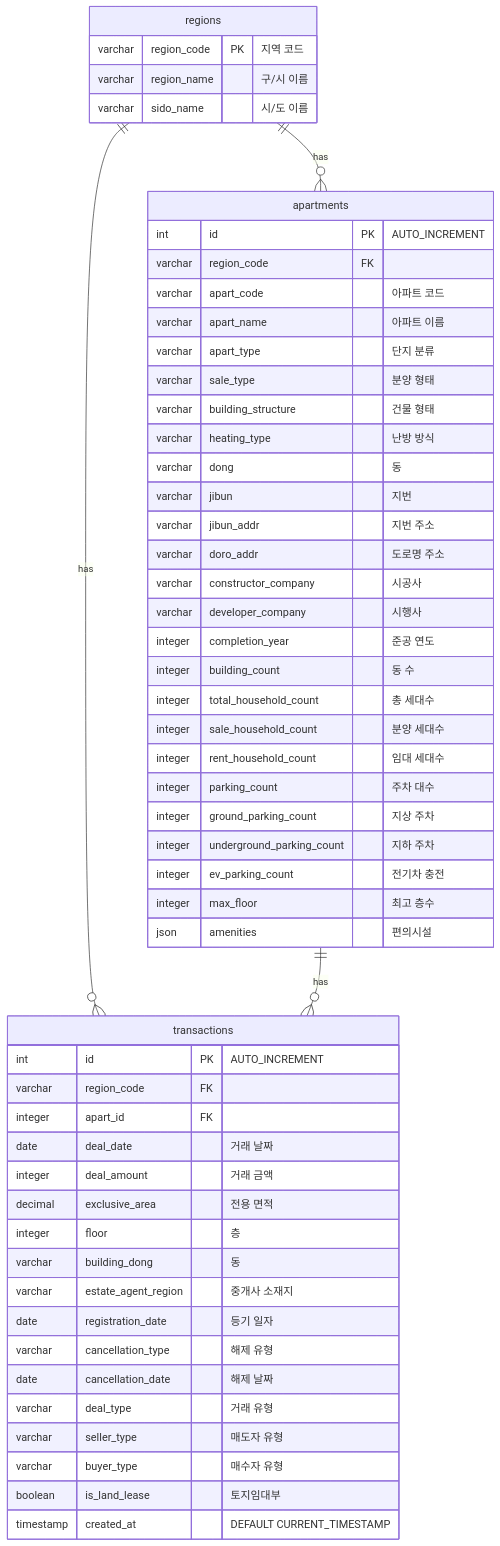
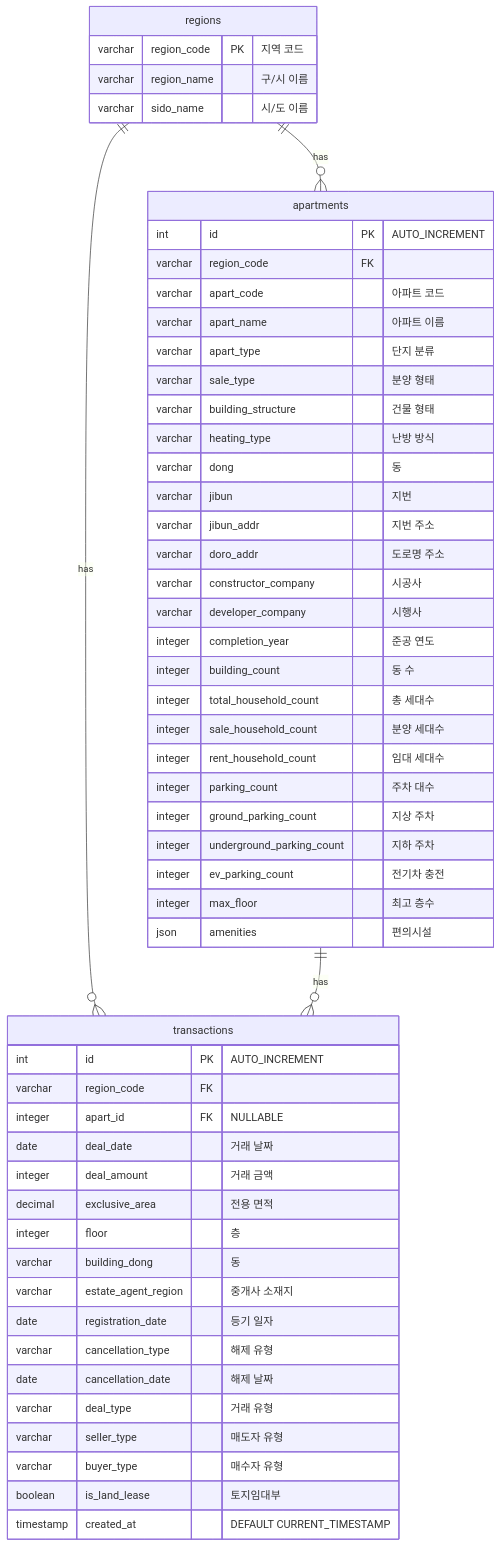
The diagram in apps/jibsayo/ERD.md (polym-team/polymorph-app), drawn with Mermaid before and after one commit. The commit also changed other lines of this file and 6 other files, not shown here.

````diff
--- a/apps/jibsayo/ERD.md
+++ b/apps/jibsayo/ERD.md
@@ -5,60 +5,60 @@
 ```mermaid
 erDiagram
     regions ||--o{ apartments : "has"
     regions ||--o{ transactions : "has"
     apartments ||--o{ transactions : "has"
 
     regions {
         varchar region_code PK "지역 코드"
         varchar region_name "구/시 이름"
         varchar sido_name "시/도 이름"
     }
 
     apartments {
         int id PK "AUTO_INCREMENT"
         varchar region_code FK
         varchar apart_code "아파트 코드"
         varchar apart_name "아파트 이름"
         varchar apart_type "단지 분류"
         varchar sale_type "분양 형태"
         varchar building_structure "건물 형태"
         varchar heating_type "난방 방식"
         varchar dong "동"
         varchar jibun "지번"
         varchar jibun_addr "지번 주소"
         varchar doro_addr "도로명 주소"
         varchar constructor_company "시공사"
         varchar developer_company "시행사"
         integer completion_year "준공 연도"
         integer building_count "동 수"
         integer total_household_count "총 세대수"
         integer sale_household_count "분양 세대수"
         integer rent_household_count "임대 세대수"
         integer parking_count "주차 대수"
         integer ground_parking_count "지상 주차"
         integer underground_parking_count "지하 주차"
         integer ev_parking_count "전기차 충전"
         integer max_floor "최고 층수"
         json amenities "편의시설"
     }
 
     transactions {
         int id PK "AUTO_INCREMENT"
         varchar region_code FK
-        integer apart_id FK
+        integer apart_id FK "NULLABLE"
         date deal_date "거래 날짜"
         integer deal_amount "거래 금액"
         decimal exclusive_area "전용 면적"
         integer floor "층"
         varchar building_dong "동"
         varchar estate_agent_region "중개사 소재지"
         date registration_date "등기 일자"
         varchar cancellation_type "해제 유형"
         date cancellation_date "해제 날짜"
         varchar deal_type "거래 유형"
         varchar seller_type "매도자 유형"
         varchar buyer_type "매수자 유형"
         boolean is_land_lease "토지임대부"
         timestamp created_at "DEFAULT CURRENT_TIMESTAMP"
     }
 ```
````
